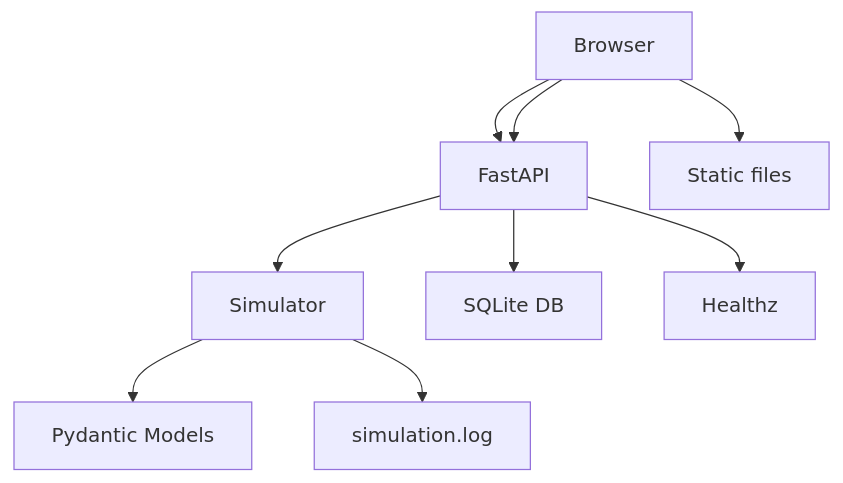
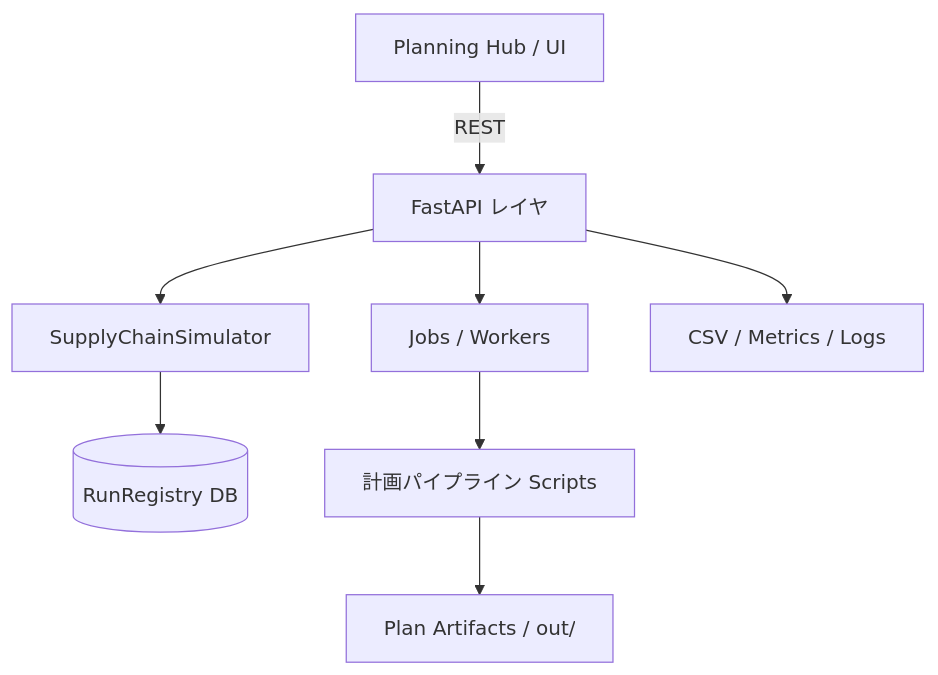
The second of 2 diagrams in README.md (miumigy/scpln), drawn with Mermaid before and after one commit. The commit also changed other lines of this file and 4 other files, not shown here.

````diff
--- a/README.md
+++ b/README.md
@@ -595,11 +127,10 @@
 ```mermaid
 flowchart TD
-  B[Browser] --> A[FastAPI]
-  B --> S[Static files]
-  A --> E[Simulator]
-  A --> D[SQLite DB]
-  E --> M[Pydantic Models]
-  A --> H[Healthz]
-  E --> L[simulation.log]
-  B --> A
+  UI[Planning Hub / UI] -->|REST| API[FastAPI レイヤ]
+  API --> Sim[SupplyChainSimulator]
+  API --> Jobs[Jobs / Workers]
+  Sim --> DB[(RunRegistry DB)]
+  Jobs --> Pipelines[計画パイプライン Scripts]
+  Pipelines --> Artifacts[Plan Artifacts / out/]
+  API --> Docs[CSV / Metrics / Logs]
 ```
````
